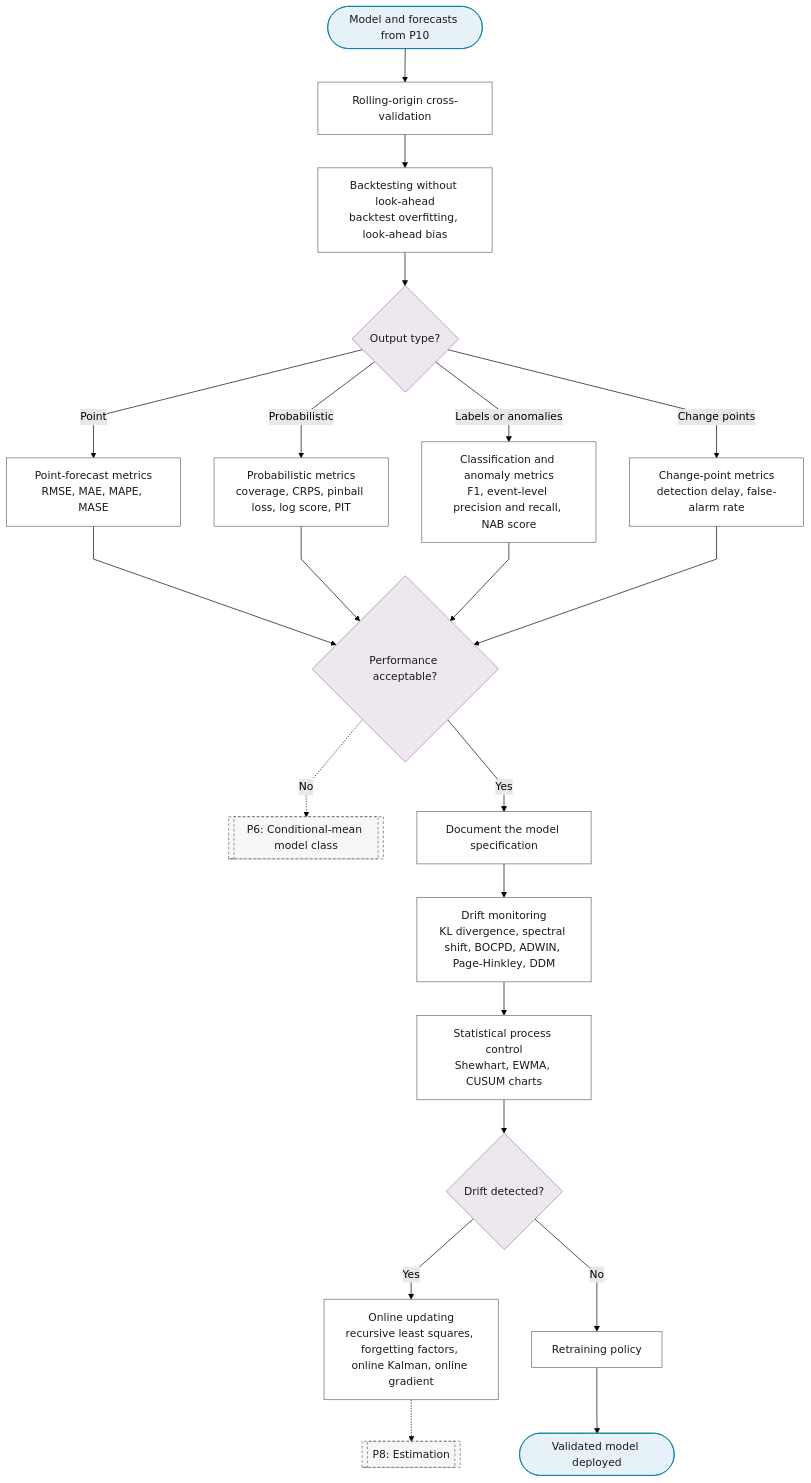
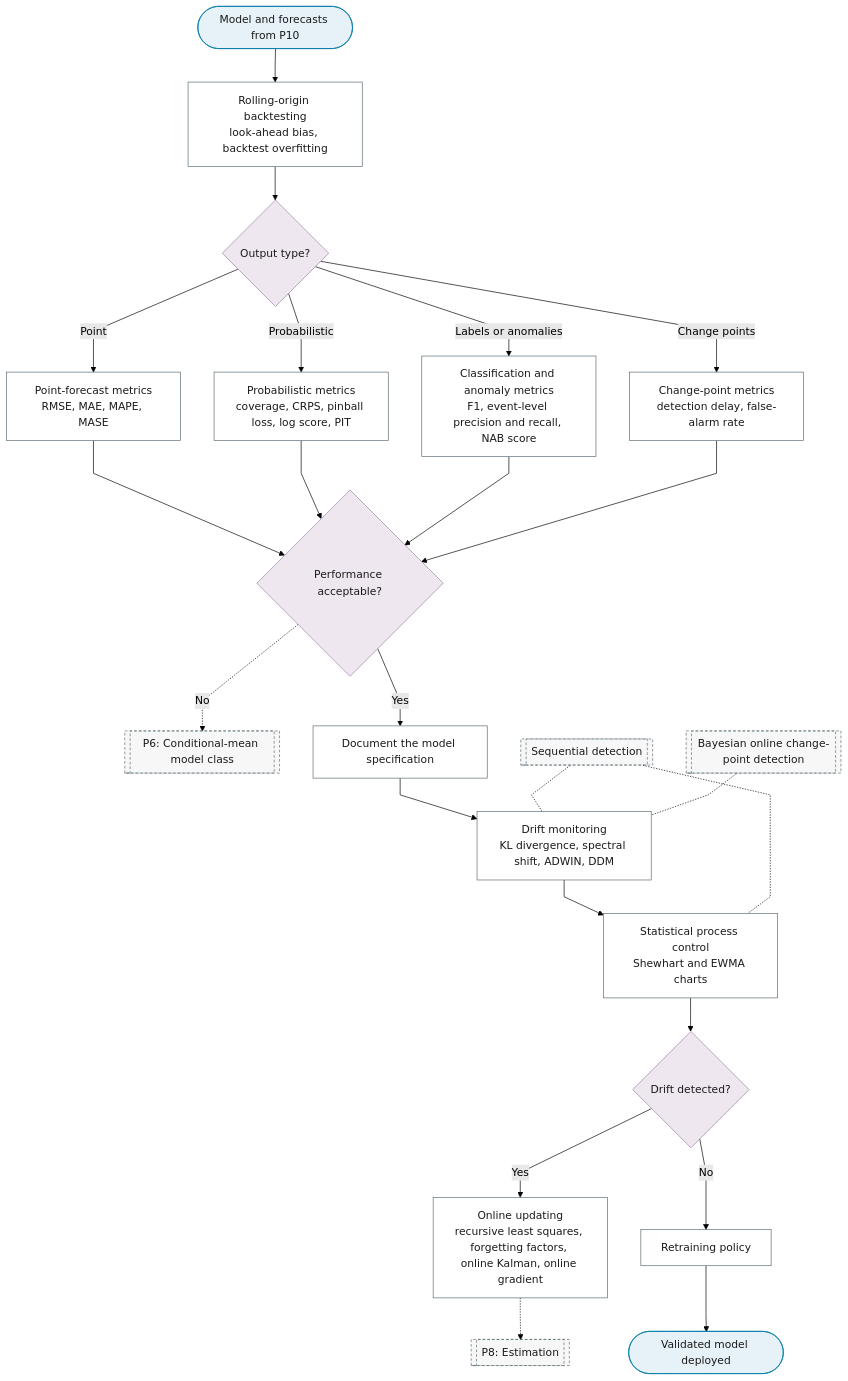
Before and after one commit to Shuxin-Y/time-series-analysis-manual: the diagram in docs/01-workflow/p11-validation-deployment.md, drawn with Mermaid (forest theme). The commit also changed other lines of this file and 27 other files, not shown here.

First line of the commit message:
fix(flowchart): one method, one leaf

````diff
--- a/docs/01-workflow/p11-validation-deployment.md
+++ b/docs/01-workflow/p11-validation-deployment.md
@@ -9,33 +9,36 @@
 ```mermaid
 %%{init: {"flowchart": {"curve": "linear"}}}%%
 graph TD
-    P11_IN(["Model and forecasts from P10"]) --> P11_ROLLING_ORIGIN["Rolling-origin cross-validation"]
-    P11_ROLLING_ORIGIN --> P11_BACKTESTING["Backtesting without look-ahead<br/>backtest overfitting, look-ahead bias"]
-    P11_BACKTESTING --> P11_METRIC_KIND{"Output type?"}
+    P11_IN(["Model and forecasts from P10"]) --> P11_ROLLING_ORIGIN["Rolling-origin backtesting<br/>look-ahead bias, backtest overfitting"]
+    P11_ROLLING_ORIGIN --> P11_METRIC_KIND{"Output type?"}
     P11_METRIC_KIND -->|"Point"| P11_POINT_METRICS["Point-forecast metrics<br/>RMSE, MAE, MAPE, MASE"]
     P11_METRIC_KIND -->|"Probabilistic"| P11_PROBABILISTIC_METRICS["Probabilistic metrics<br/>coverage, CRPS, pinball loss, log score, PIT"]
     P11_METRIC_KIND -->|"Labels or anomalies"| P11_CLASSIFICATION_METRICS["Classification and anomaly metrics<br/>F1, event-level precision and recall, NAB score"]
     P11_METRIC_KIND -->|"Change points"| P11_CHANGE_POINT_METRICS["Change-point metrics<br/>detection delay, false-alarm rate"]
     P11_POINT_METRICS & P11_PROBABILISTIC_METRICS & P11_CLASSIFICATION_METRICS & P11_CHANGE_POINT_METRICS --> P11_ACCEPTABLE{"Performance acceptable?"}
     P11_ACCEPTABLE -.->|"No"| P6[["P6: Conditional-mean model class"]]
     P11_ACCEPTABLE -->|"Yes"| P11_DOCUMENTATION["Document the model specification"]
-    P11_DOCUMENTATION --> P11_DRIFT_MONITORING["Drift monitoring<br/>KL divergence, spectral shift, BOCPD, ADWIN, Page-Hinkley, DDM"]
-    P11_DRIFT_MONITORING --> P11_SPC["Statistical process control<br/>Shewhart, EWMA, CUSUM charts"]
+    P11_DOCUMENTATION --> P11_DRIFT_MONITORING["Drift monitoring<br/>KL divergence, spectral shift, ADWIN, DDM"]
+    P11_DRIFT_MONITORING --> P11_SPC["Statistical process control<br/>Shewhart and EWMA charts"]
     P11_SPC --> P11_DRIFT{"Drift detected?"}
     P11_DRIFT -->|"Yes"| P11_ONLINE_UPDATING["Online updating<br/>recursive least squares, forgetting factors, online Kalman, online gradient"]
     P11_DRIFT -->|"No"| P11_RETRAINING["Retraining policy"]
     P11_ONLINE_UPDATING -.-> P8[["P8: Estimation"]]
     P11_RETRAINING --> P11_OUT(["Validated model deployed"])
+    P2_CP_CUSUM[["Sequential detection"]] -.- P11_SPC
+    P2_CP_CUSUM -.- P11_DRIFT_MONITORING
+    P2_CP_BOCPD[["Bayesian online change-point detection"]] -.- P11_DRIFT_MONITORING
     class P11_IN,P11_OUT terminator
     class P11_METRIC_KIND,P11_ACCEPTABLE,P11_DRIFT decision
-    class P11_ROLLING_ORIGIN,P11_BACKTESTING,P11_POINT_METRICS,P11_PROBABILISTIC_METRICS,P11_CLASSIFICATION_METRICS,P11_CHANGE_POINT_METRICS,P11_DOCUMENTATION,P11_DRIFT_MONITORING,P11_SPC,P11_ONLINE_UPDATING,P11_RETRAINING process
+    class P11_ROLLING_ORIGIN,P11_POINT_METRICS,P11_PROBABILISTIC_METRICS,P11_CLASSIFICATION_METRICS,P11_CHANGE_POINT_METRICS,P11_DOCUMENTATION,P11_DRIFT_MONITORING,P11_SPC,P11_ONLINE_UPDATING,P11_RETRAINING process
     class P6,P8 ref
+    class P2_CP_CUSUM,P2_CP_BOCPD ref
     classDef terminator fill:#E6F2F7,stroke:#007BA7,color:#1A1A1A;
     classDef process fill:#FFFFFF,stroke:#5A6B73,color:#1A1A1A;
     classDef decision fill:#EFE7F0,stroke:#9B7FA7,color:#1A1A1A;
     classDef data fill:#FFF4E0,stroke:#C9A55E,color:#1A1A1A;
     classDef good fill:#DCEFD8,stroke:#4A7A3F,color:#1A1A1A;
     classDef escalate fill:#FFE9C2,stroke:#C9A55E,color:#1A1A1A;
     classDef problem fill:#F2D9DE,stroke:#800020,color:#1A1A1A;
     classDef ref fill:#F7F7F7,stroke:#5A6B73,color:#1A1A1A,stroke-dasharray:4 3;
 ```
````
